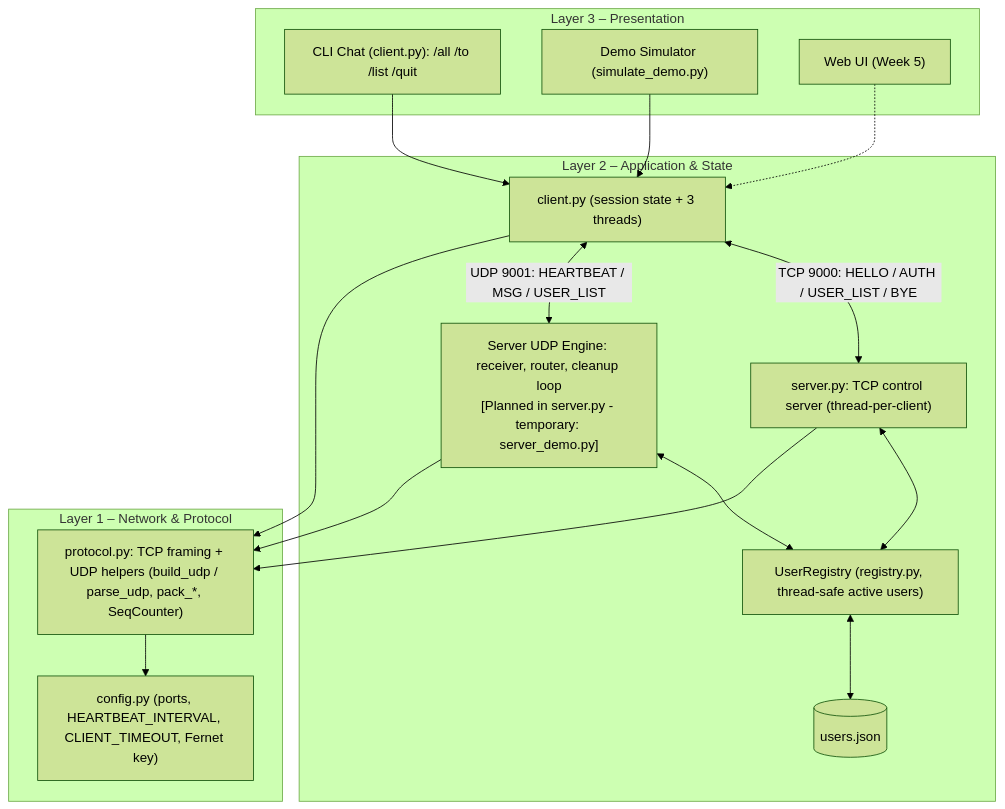
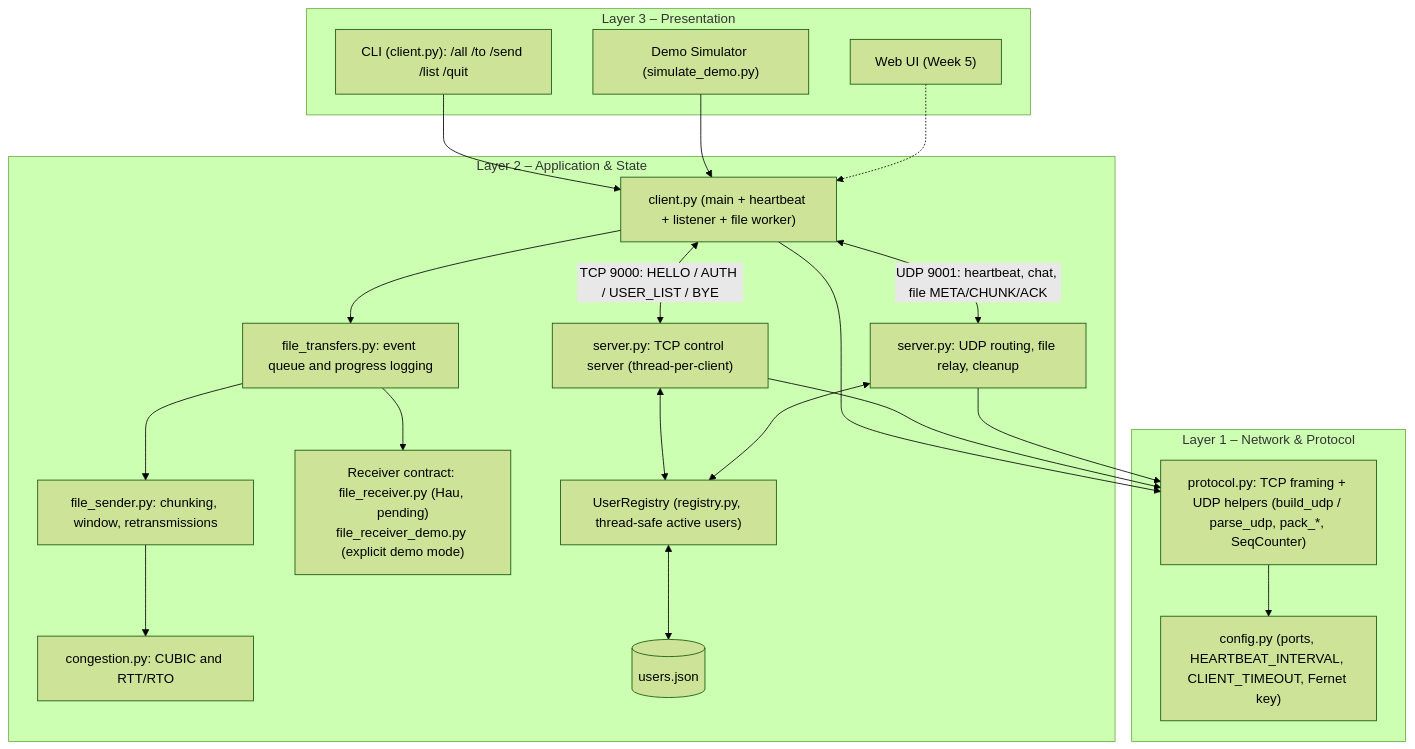
Before and after one commit to Smokiestfox/networking-app-assignment: the first of 5 diagrams in docs/architecture.md, drawn with Mermaid (forest theme). The commit also changed other lines of this file and 8 other files, not shown here.

Commit message:
feat(client): add reliable UDP file sender with demo receiver

````diff
--- a/docs/architecture.md
+++ b/docs/architecture.md
@@ -13,34 +13,42 @@
 ```mermaid
 graph TD
     subgraph L3["Layer 3 – Presentation"]
-        CLI["CLI Chat (client.py): /all /to /list /quit"]
+        CLI["CLI (client.py): /all /to /send /list /quit"]
         SIM["Demo Simulator (simulate_demo.py)"]
         UI["Web UI (Week 5)"]
     end
 
     subgraph L2["Layer 2 – Application & State"]
-        CLIENT["client.py (session state + 3 threads)"]
+        CLIENT["client.py (main + heartbeat + listener + file worker)"]
+        FILES["file_transfers.py: event queue and progress logging"]
+        SENDER["file_sender.py: chunking, window, retransmissions"]
+        RECEIVER["Receiver contract: file_receiver.py (Hau, pending)<br/>file_receiver_demo.py (explicit demo mode)"]
+        CC["congestion.py: CUBIC and RTT/RTO"]
         SERVER["server.py: TCP control server (thread-per-client)"]
-        UDPENG["Server UDP Engine: receiver, router, cleanup loop<br/>[Planned in server.py - temporary: server_demo.py]"]
+        UDPENG["server.py: UDP routing, file relay, cleanup"]
         REG["UserRegistry (registry.py, thread-safe active users)"]
         AUTH_DB[("users.json")]
     end
 
     subgraph L1["Layer 1 – Network & Protocol"]
         PROTO["protocol.py: TCP framing + UDP helpers (build_udp / parse_udp, pack_*, SeqCounter)"]
         CFG["config.py (ports, HEARTBEAT_INTERVAL, CLIENT_TIMEOUT, Fernet key)"]
     end
 
     CLI --> CLIENT
     SIM --> CLIENT
     UI -.-> CLIENT
     CLIENT <-->|"TCP 9000: HELLO / AUTH / USER_LIST / BYE"| SERVER
-    CLIENT <-->|"UDP 9001: HEARTBEAT / MSG / USER_LIST"| UDPENG
+    CLIENT <-->|"UDP 9001: heartbeat, chat, file META/CHUNK/ACK"| UDPENG
+    CLIENT --> FILES
+    FILES --> SENDER
+    FILES --> RECEIVER
+    SENDER --> CC
     SERVER <--> REG
     UDPENG <--> REG
     REG <--> AUTH_DB
     CLIENT --> PROTO
     SERVER --> PROTO
     UDPENG --> PROTO
     PROTO --> CFG
 ```
````
